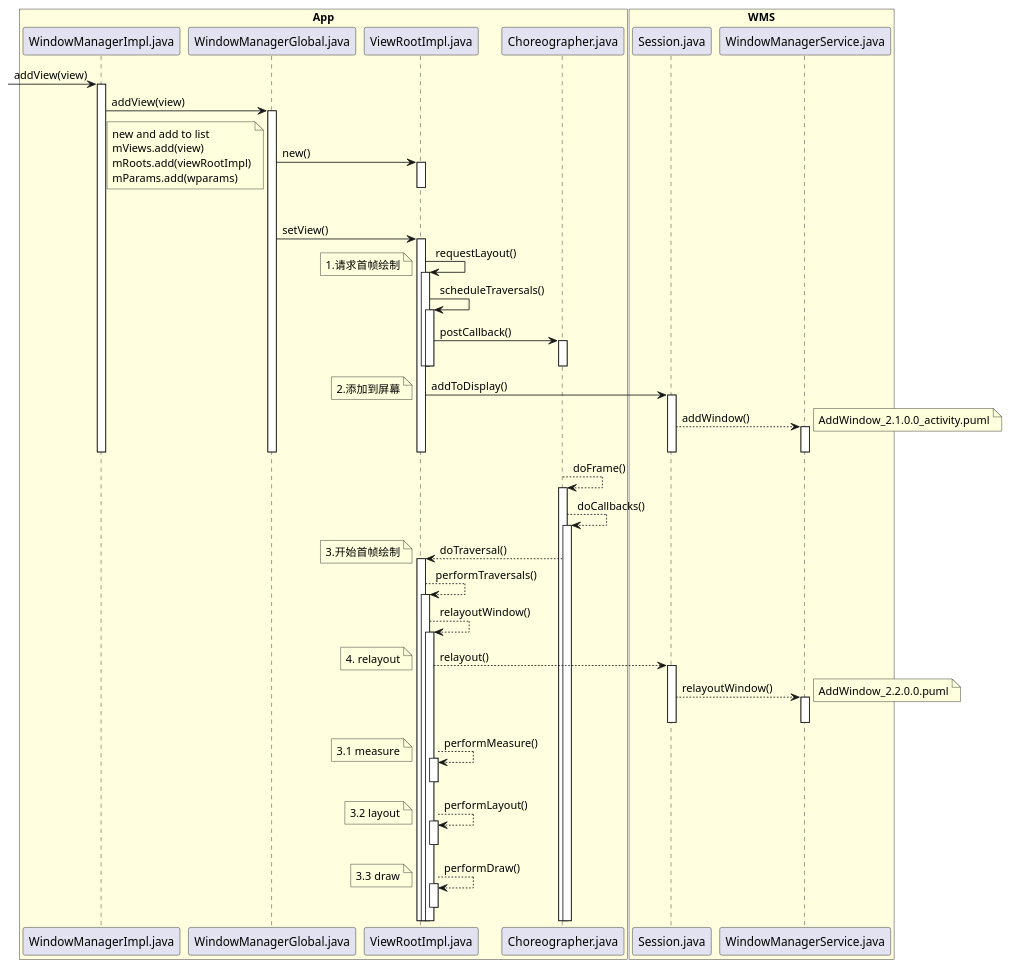
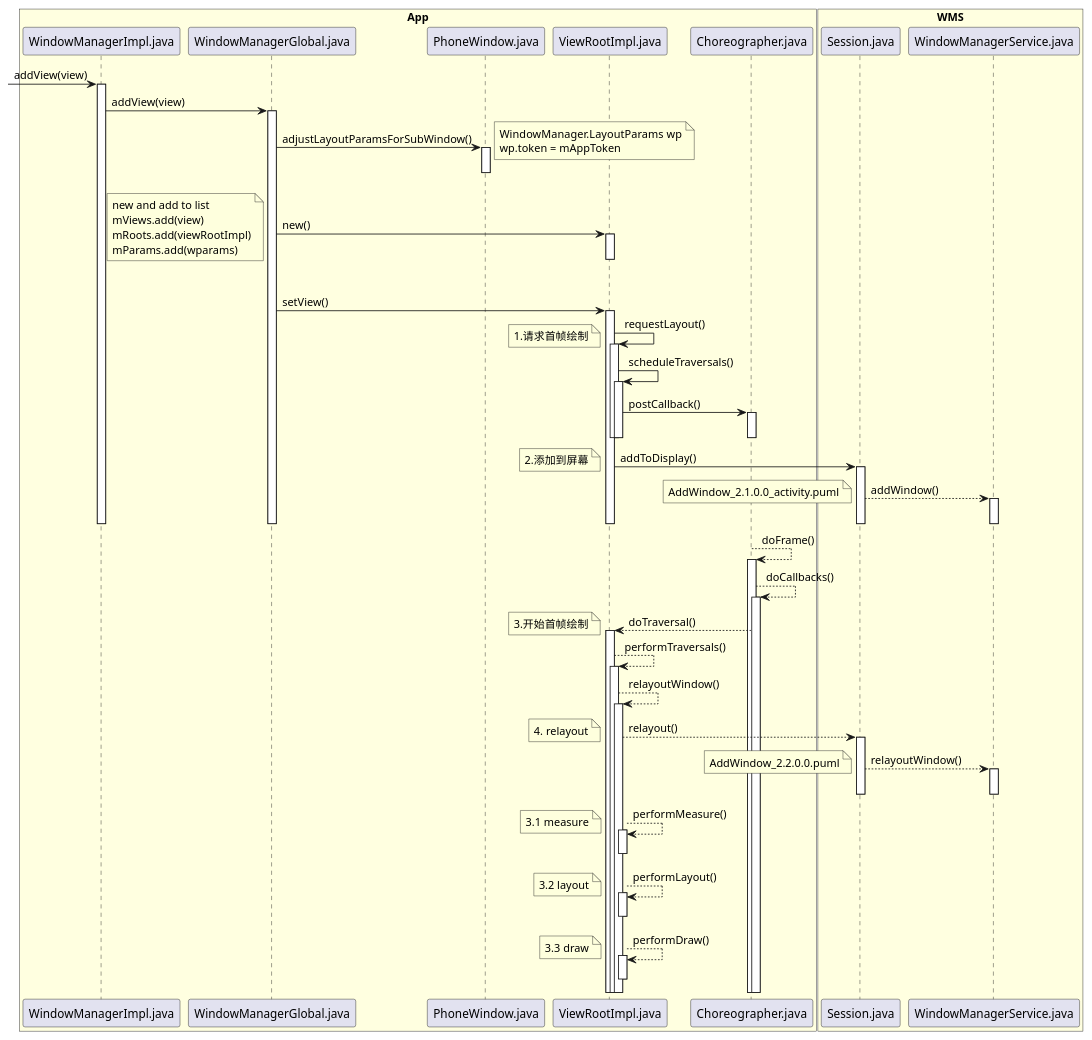
The diagram in android11/startactivity/StartActivity_7.3.1.0.puml (javalive09/UML), drawn with PlantUML before and after one commit. The commit also changed 83 other files, not shown here.

Commit message:
update uml

```diff
--- a/android11/startactivity/StartActivity_7.3.1.0.puml
+++ b/android11/startactivity/StartActivity_7.3.1.0.puml
@@ -1,88 +1,97 @@
 @startuml
 box "App" #LightYellow
 participant WindowManagerImpl.java
 participant WindowManagerGlobal.java
+participant PhoneWindow.java
 participant ViewRootImpl.java
 participant Choreographer.java
 end box
 
 box "WMS" #LightYellow
 participant Session.java
 participant WindowManagerService.java
 end box
 
 -> WindowManagerImpl.java: addView(view)
 activate WindowManagerImpl.java
 WindowManagerImpl.java -> WindowManagerGlobal.java: addView(view)
 activate WindowManagerGlobal.java
+WindowManagerGlobal.java -> PhoneWindow.java: adjustLayoutParamsForSubWindow()
+activate PhoneWindow.java
+deactivate PhoneWindow.java
+note right
+WindowManager.LayoutParams wp
+wp.token = mAppToken
+end note
+
 WindowManagerGlobal.java -> ViewRootImpl.java: new()
 activate ViewRootImpl.java
 deactivate ViewRootImpl.java
 note left
 new and add to list
 mViews.add(view)
 mRoots.add(viewRootImpl)
 mParams.add(wparams)
 end note
 WindowManagerGlobal.java -> ViewRootImpl.java: setView()
 activate ViewRootImpl.java
 ViewRootImpl.java -> ViewRootImpl.java: requestLayout()
 activate ViewRootImpl.java
 note left:1.请求首帧绘制
 ViewRootImpl.java -> ViewRootImpl.java: scheduleTraversals()
 activate ViewRootImpl.java
 ViewRootImpl.java -> Choreographer.java: postCallback()
 activate Choreographer.java
 deactivate Choreographer.java
 deactivate ViewRootImpl.java
 deactivate ViewRootImpl.java
 
 ViewRootImpl.java -> Session.java: addToDisplay()
 activate Session.java
 note left:2.添加到屏幕
 Session.java --> WindowManagerService.java: addWindow()
 activate WindowManagerService.java
 deactivate ViewRootImpl.java
 deactivate WindowManagerGlobal.java
 deactivate WindowManagerImpl.java
 deactivate WindowManagerService.java
 deactivate Session.java
-note right: AddWindow_2.1.0.0_activity.puml
+note left: AddWindow_2.1.0.0_activity.puml
 
 Choreographer.java --> Choreographer.java: doFrame()
 activate Choreographer.java
 Choreographer.java --> Choreographer.java: doCallbacks()
 activate Choreographer.java
 Choreographer.java --> ViewRootImpl.java: doTraversal()
 note left: 3.开始首帧绘制
 activate ViewRootImpl.java
 
 ViewRootImpl.java --> ViewRootImpl.java: performTraversals()
 activate ViewRootImpl.java
 ViewRootImpl.java --> ViewRootImpl.java: relayoutWindow()
 activate ViewRootImpl.java
 ViewRootImpl.java --> Session.java: relayout()
 note left: 4. relayout
 activate Session.java
 Session.java --> WindowManagerService.java: relayoutWindow()
 activate WindowManagerService.java
 deactivate WindowManagerService.java
 deactivate Session.java
-note right:AddWindow_2.2.0.0.puml
+note left:AddWindow_2.2.0.0.puml
 
 ViewRootImpl.java --> ViewRootImpl.java: performMeasure()
 note left: 3.1 measure
 activate ViewRootImpl.java
 deactivate ViewRootImpl.java
 ViewRootImpl.java --> ViewRootImpl.java: performLayout()
 note left: 3.2 layout
 activate ViewRootImpl.java
 deactivate ViewRootImpl.java
 ViewRootImpl.java --> ViewRootImpl.java: performDraw()
 note left: 3.3 draw
 activate ViewRootImpl.java
 deactivate ViewRootImpl.java
 
 
 
 @enduml
```
